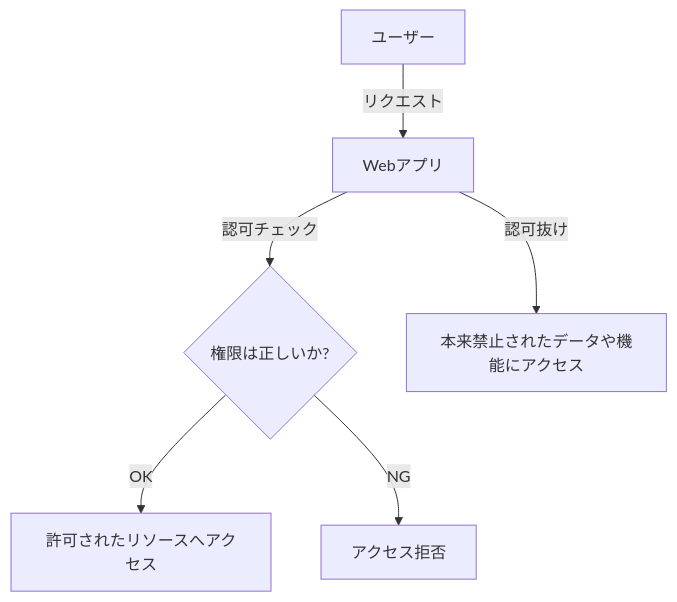
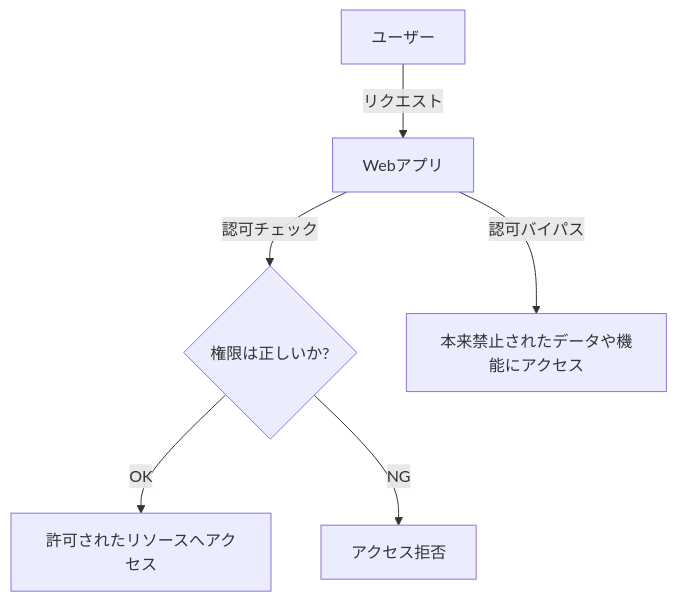
One commit to OsharoCatSecurity/owasp-top10-jp changed the diagram in A01_Broken_Access_Control/A01_Broken_Access_Control.md. Above: the diagram before and after it, drawn with Mermaid. The commit also changed other lines of this file, not shown here.

````diff
--- a/A01_Broken_Access_Control/A01_Broken_Access_Control.md
+++ b/A01_Broken_Access_Control/A01_Broken_Access_Control.md
@@ -22,8 +22,8 @@
 ```mermaid
 flowchart TD
   U[ユーザー] -->|リクエスト| APP[Webアプリ]
   APP -->|認可チェック| AUTH{権限は正しいか?}
   AUTH -->|OK| OK[許可されたリソースへアクセス]
   AUTH -->|NG| DENY[アクセス拒否]
-  APP -->|認可抜け| LEAK[本来禁止されたデータや機能にアクセス]
+  APP -->|認可バイパス| LEAK[本来禁止されたデータや機能にアクセス]
 ```
````
